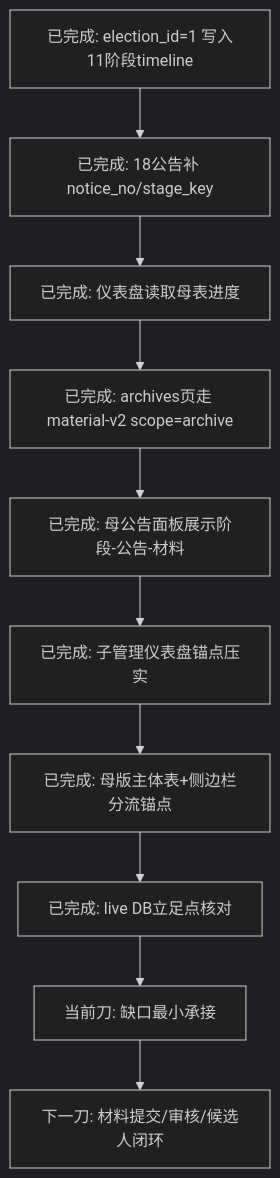
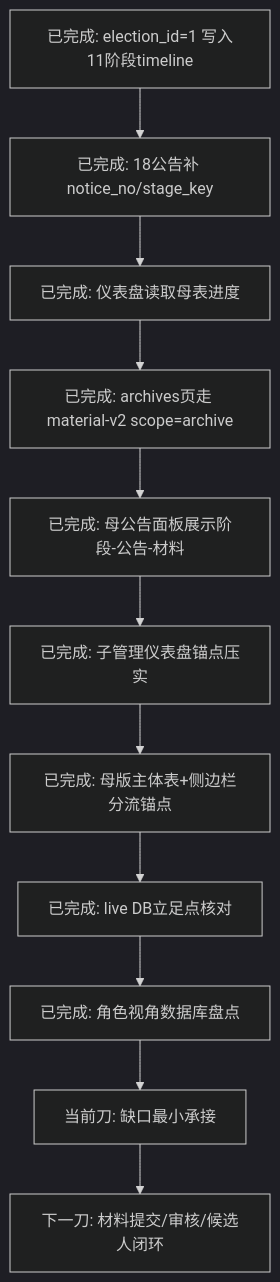
The third of 7 diagrams in 副船长的航海接力日志/当前接力图.md (4xiaxia/election-v2), drawn with Mermaid (dark theme) before and after one commit. The commit also changed other lines of this file and 7 other files, not shown here.

````diff
--- a/副船长的航海接力日志/当前接力图.md
+++ b/副船长的航海接力日志/当前接力图.md
@@ -39,12 +39,13 @@
 ```mermaid
 flowchart TD
     A[已完成: election_id=1 写入11阶段timeline] --> B[已完成: 18公告补 notice_no/stage_key]
     B --> C[已完成: 仪表盘读取母表进度]
     C --> D[已完成: archives页走 material-v2 scope=archive]
     D --> E[已完成: 母公告面板展示阶段-公告-材料]
     E --> F[已完成: 子管理仪表盘锚点压实]
     F --> G[已完成: 母版主体表+侧边栏分流锚点]
     G --> H[已完成: live DB立足点核对]
-    H --> I[当前刀: 缺口最小承接]
-    I --> J[下一刀: 材料提交/审核/候选人闭环]
+    H --> I[已完成: 角色视角数据库盘点]
+    I --> J[当前刀: 缺口最小承接]
+    J --> K[下一刀: 材料提交/审核/候选人闭环]
 ```
````
